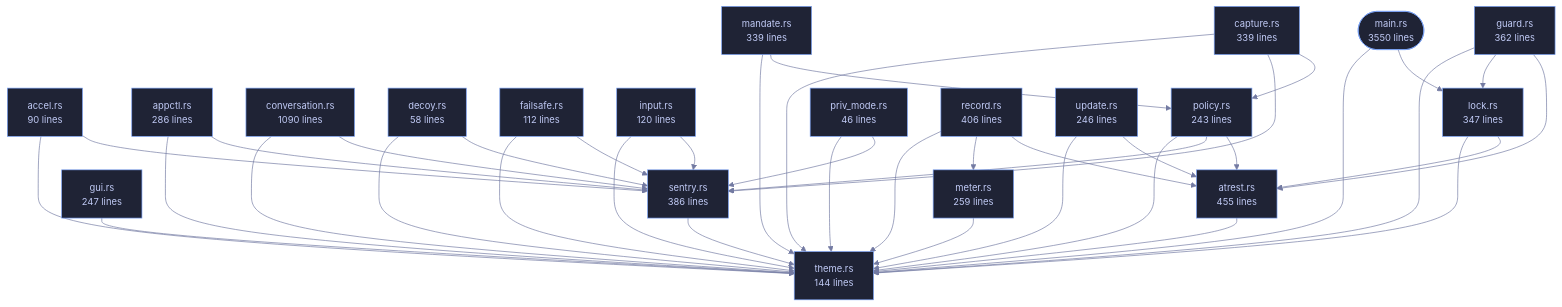
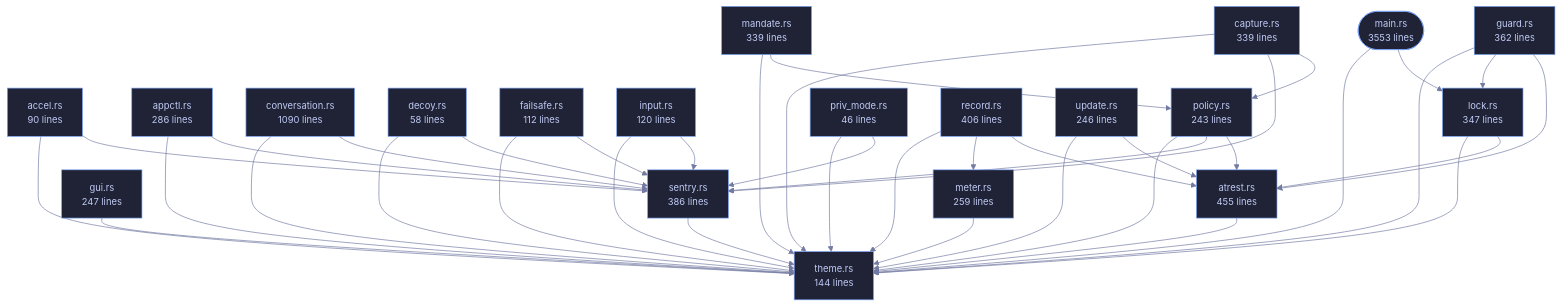
The diagram in crates/veilvoice-cli/README.md (tilas01/veilvoice), drawn with Mermaid before and after one commit. The commit also changed other lines of this file and 32 other files, not shown here.

````diff
--- a/crates/veilvoice-cli/README.md
+++ b/crates/veilvoice-cli/README.md
@@ -110,82 +110,82 @@
 ```mermaid
 %%{init: {"theme":"base","themeVariables":{"background":"#1a1b26","primaryColor":"#1f2335","primaryTextColor":"#c0caf5","primaryBorderColor":"#7aa2f7","secondaryColor":"#16161e","tertiaryColor":"#16161e","lineColor":"#737aa2","textColor":"#c0caf5","mainBkg":"#1f2335","nodeBorder":"#7aa2f7","clusterBkg":"#16161e","clusterBorder":"#2f3549","fontFamily":"ui-monospace, SFMono-Regular, Consolas, monospace","fontSize":"14px"}}}%%
 flowchart TD
-    n_main(["main.rs<br/>3550 lines"])
+    n_main(["main.rs<br/>3553 lines"])
     n_accel["accel.rs<br/>90 lines"]
     n_appctl["appctl.rs<br/>286 lines"]
     n_atrest["atrest.rs<br/>455 lines"]
     n_capture["capture.rs<br/>339 lines"]
     n_conversation["conversation.rs<br/>1090 lines"]
     n_decoy["decoy.rs<br/>58 lines"]
     n_failsafe["failsafe.rs<br/>112 lines"]
     n_guard["guard.rs<br/>362 lines"]
     n_gui["gui.rs<br/>247 lines"]
     n_input["input.rs<br/>120 lines"]
     n_lock["lock.rs<br/>347 lines"]
     n_mandate["mandate.rs<br/>339 lines"]
     n_meter["meter.rs<br/>259 lines"]
     n_policy["policy.rs<br/>243 lines"]
     n_priv_mode["priv_mode.rs<br/>46 lines"]
     n_record["record.rs<br/>406 lines"]
     n_sentry["sentry.rs<br/>386 lines"]
     n_theme["theme.rs<br/>144 lines"]
     n_update["update.rs<br/>246 lines"]
     n_accel --> n_sentry
     n_accel --> n_theme
     n_appctl --> n_sentry
     n_appctl --> n_theme
     n_atrest --> n_theme
     n_capture --> n_policy
     n_capture --> n_sentry
     n_capture --> n_theme
     n_conversation --> n_sentry
     n_conversation --> n_theme
     n_decoy --> n_sentry
     n_decoy --> n_theme
     n_failsafe --> n_sentry
     n_failsafe --> n_theme
     n_guard --> n_atrest
     n_guard --> n_lock
     n_guard --> n_theme
     n_gui --> n_theme
     n_input --> n_sentry
     n_input --> n_theme
     n_lock --> n_atrest
     n_lock --> n_theme
     n_main --> n_lock
     n_main --> n_theme
     n_mandate --> n_policy
     n_mandate --> n_theme
     n_meter --> n_theme
     n_policy --> n_atrest
     n_policy --> n_sentry
     n_policy --> n_theme
     n_priv_mode --> n_sentry
     n_priv_mode --> n_theme
     n_record --> n_atrest
     n_record --> n_meter
     n_record --> n_theme
     n_sentry --> n_theme
     n_update --> n_atrest
     n_update --> n_theme
     click n_main href "https://github.com/tilas01/veilvoice/blob/main/crates/veilvoice-cli/src/main.rs" "open the source"
     click n_accel href "https://github.com/tilas01/veilvoice/blob/main/crates/veilvoice-cli/src/accel.rs" "open the source"
     click n_appctl href "https://github.com/tilas01/veilvoice/blob/main/crates/veilvoice-cli/src/appctl.rs" "open the source"
     click n_atrest href "https://github.com/tilas01/veilvoice/blob/main/crates/veilvoice-cli/src/atrest.rs" "open the source"
     click n_capture href "https://github.com/tilas01/veilvoice/blob/main/crates/veilvoice-cli/src/capture.rs" "open the source"
     click n_conversation href "https://github.com/tilas01/veilvoice/blob/main/crates/veilvoice-cli/src/conversation.rs" "open the source"
     click n_decoy href "https://github.com/tilas01/veilvoice/blob/main/crates/veilvoice-cli/src/decoy.rs" "open the source"
     click n_failsafe href "https://github.com/tilas01/veilvoice/blob/main/crates/veilvoice-cli/src/failsafe.rs" "open the source"
     click n_guard href "https://github.com/tilas01/veilvoice/blob/main/crates/veilvoice-cli/src/guard.rs" "open the source"
     click n_gui href "https://github.com/tilas01/veilvoice/blob/main/crates/veilvoice-cli/src/gui.rs" "open the source"
     click n_input href "https://github.com/tilas01/veilvoice/blob/main/crates/veilvoice-cli/src/input.rs" "open the source"
     click n_lock href "https://github.com/tilas01/veilvoice/blob/main/crates/veilvoice-cli/src/lock.rs" "open the source"
     click n_mandate href "https://github.com/tilas01/veilvoice/blob/main/crates/veilvoice-cli/src/mandate.rs" "open the source"
     click n_meter href "https://github.com/tilas01/veilvoice/blob/main/crates/veilvoice-cli/src/meter.rs" "open the source"
     click n_policy href "https://github.com/tilas01/veilvoice/blob/main/crates/veilvoice-cli/src/policy.rs" "open the source"
     click n_priv_mode href "https://github.com/tilas01/veilvoice/blob/main/crates/veilvoice-cli/src/priv_mode.rs" "open the source"
     click n_record href "https://github.com/tilas01/veilvoice/blob/main/crates/veilvoice-cli/src/record.rs" "open the source"
     click n_sentry href "https://github.com/tilas01/veilvoice/blob/main/crates/veilvoice-cli/src/sentry.rs" "open the source"
     click n_theme href "https://github.com/tilas01/veilvoice/blob/main/crates/veilvoice-cli/src/theme.rs" "open the source"
     click n_update href "https://github.com/tilas01/veilvoice/blob/main/crates/veilvoice-cli/src/update.rs" "open the source"
 ```
````
